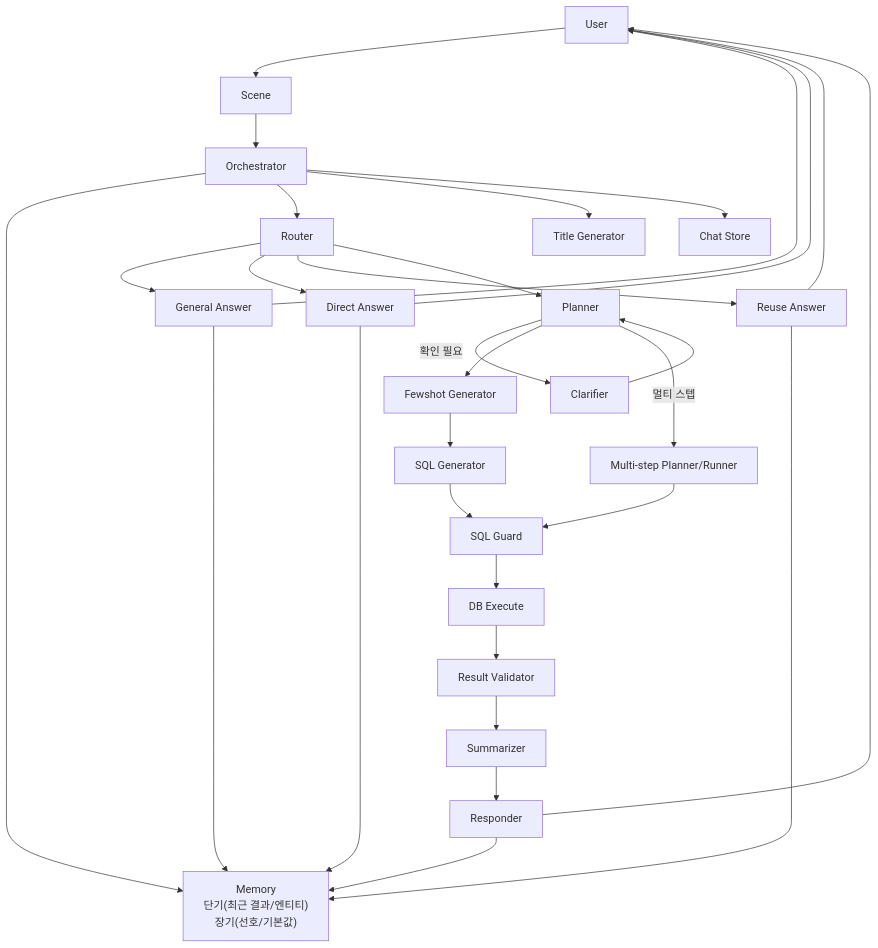
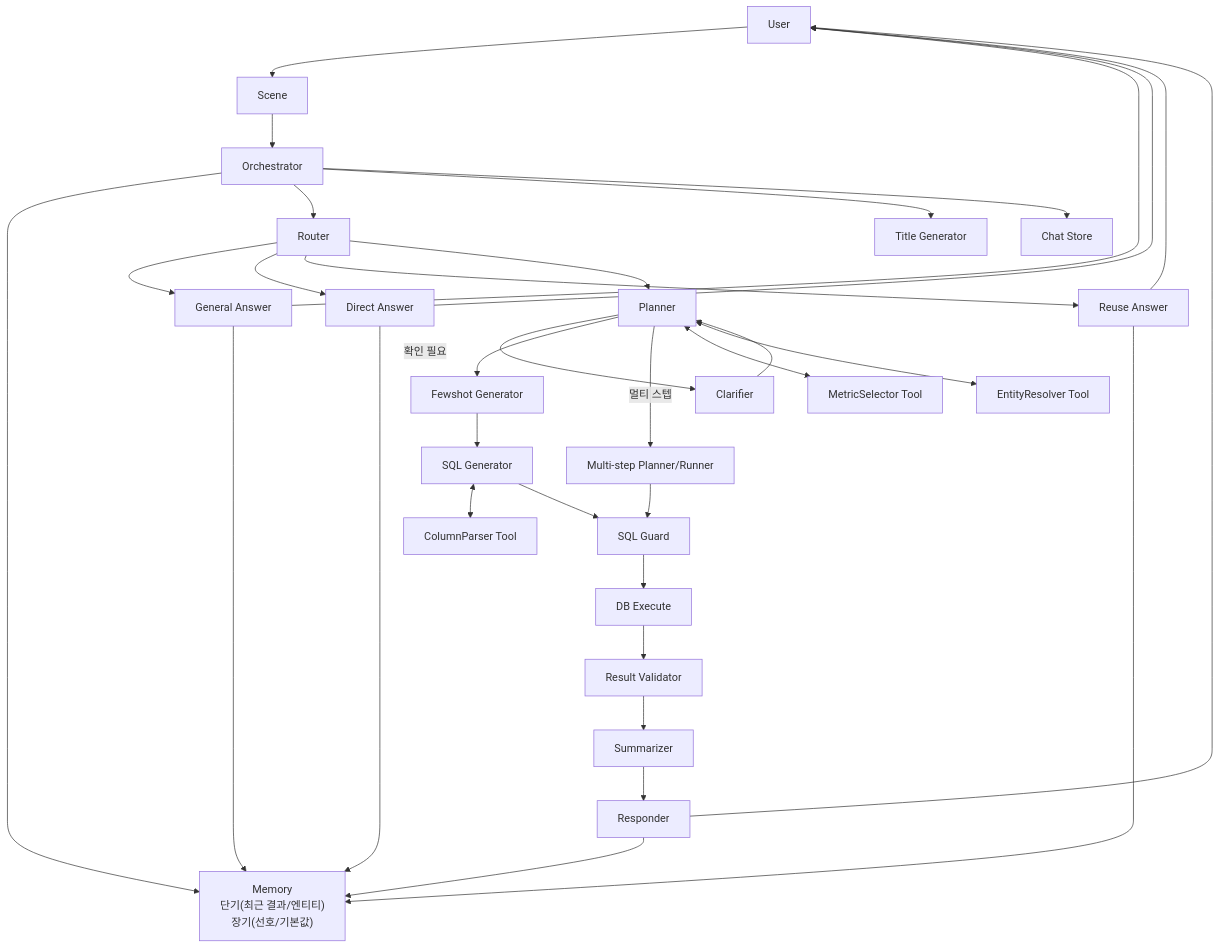
One commit to YongKyeom/nl2sql_nba_chatbot changed the diagram in README.md. Above: the diagram before and after it, drawn with Mermaid. The commit also changed other lines of this file, not shown here.

First line of the commit message:
[docs] Tool/예시 질문/테스트 문서 갱신

````diff
--- a/README.md
+++ b/README.md
@@ -253,39 +257,42 @@
 ```mermaid
 flowchart TD
   U["User"] --> S["Scene"]
   S --> O["Orchestrator"]
   O --> M["Memory<br/>단기(최근 결과/엔티티)<br/>장기(선호/기본값)"]
 
   O --> R["Router"]
   R --> GA["General Answer"]
   R --> DA["Direct Answer"]
   R --> RE["Reuse Answer"]
   R --> P["Planner"]
 
   P -->|확인 필요| C["Clarifier"]
   C --> P
 
   P --> FS["Fewshot Generator"]
   FS --> SG["SQL Generator"]
   P -->|멀티 스텝| MS["Multi-step Planner/Runner"]
+  P <--> MSel["MetricSelector Tool"]
+  P <--> ER["EntityResolver Tool"]
+  SG <--> CP["ColumnParser Tool"]
 
   O --> TS["Title Generator"]
   O --> CS["Chat Store"]
 
   MS --> G["SQL Guard"]
   SG --> G
   G --> EX["DB Execute"]
   EX --> V["Result Validator"]
   V --> SUM["Summarizer"]
   SUM --> RESP["Responder"]
 
   GA --> U
   DA --> U
   RE --> U
   RESP --> U
 
   GA --> M
   DA --> M
   RE --> M
   RESP --> M
 ```
````
